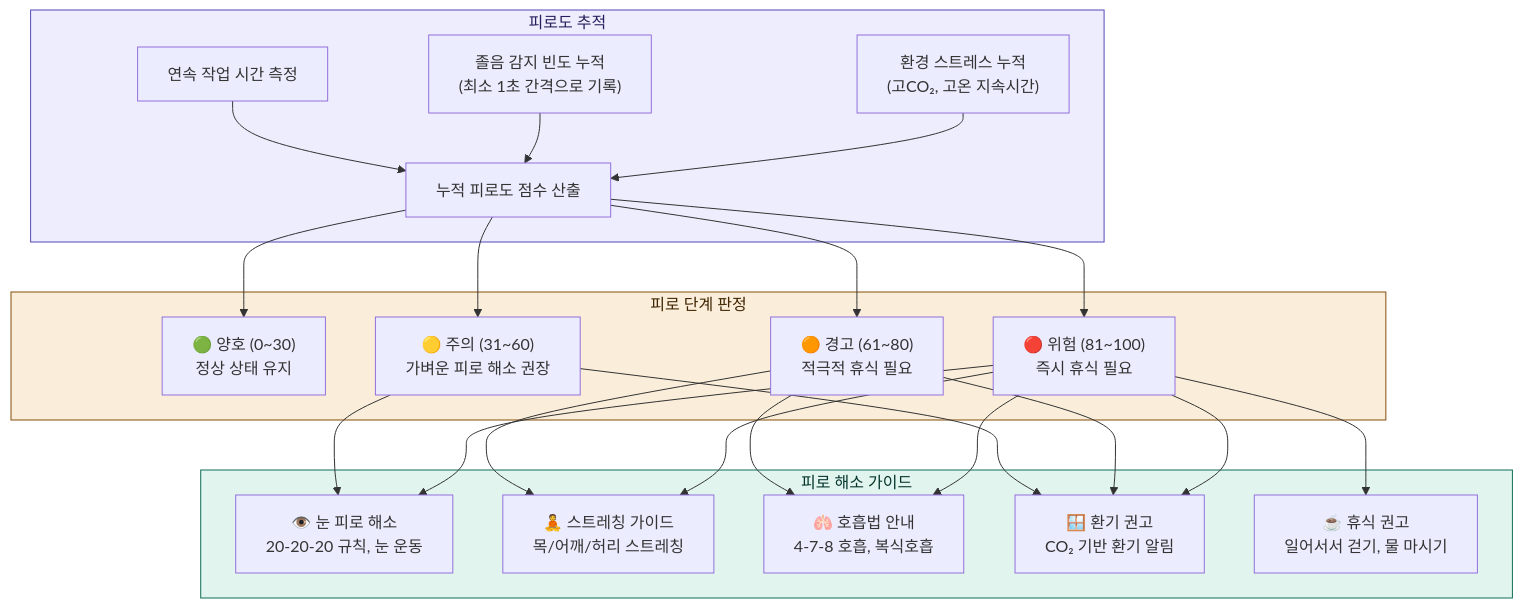
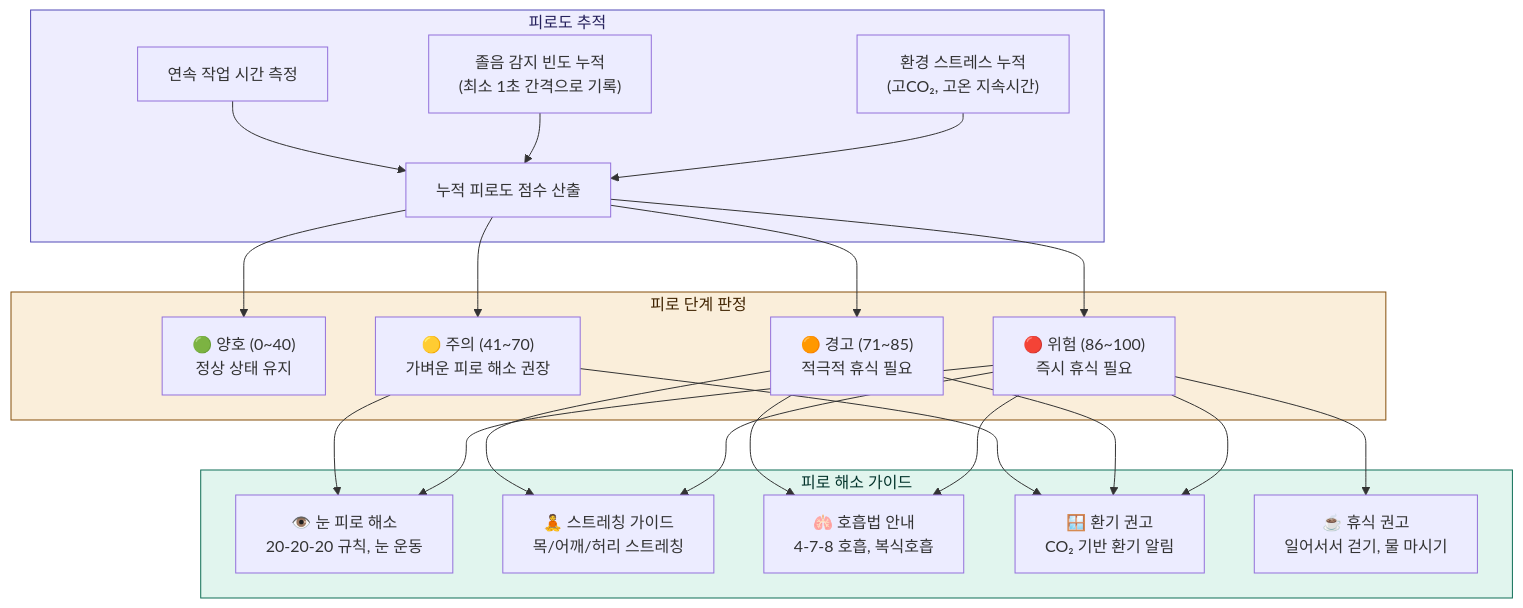
The sixth of 11 diagrams in project.md (pgh165/capstone), drawn with Mermaid before and after one commit. The commit also changed other lines of this file and 6 other files, not shown here.

````diff
--- a/project.md
+++ b/project.md
@@ -398,47 +400,47 @@
 ```mermaid
 flowchart TD
     subgraph TRACK["피로도 추적"]
         T1["연속 작업 시간 측정"]
         T2["졸음 감지 빈도 누적<br/>(최소 1초 간격으로 기록)"]
         T3["환경 스트레스 누적<br/>(고CO₂, 고온 지속시간)"]
         T4["누적 피로도 점수 산출"]
         T1 --> T4
         T2 --> T4
         T3 --> T4
     end
 
     subgraph LEVEL["피로 단계 판정"]
-        L1["🟢 양호 (0~30)<br/>정상 상태 유지"]
-        L2["🟡 주의 (31~60)<br/>가벼운 피로 해소 권장"]
-        L3["🟠 경고 (61~80)<br/>적극적 휴식 필요"]
-        L4["🔴 위험 (81~100)<br/>즉시 휴식 필요"]
+        L1["🟢 양호 (0~40)<br/>정상 상태 유지"]
+        L2["🟡 주의 (41~70)<br/>가벼운 피로 해소 권장"]
+        L3["🟠 경고 (71~85)<br/>적극적 휴식 필요"]
+        L4["🔴 위험 (86~100)<br/>즉시 휴식 필요"]
     end
 
     subgraph GUIDE["피로 해소 가이드"]
         G1["👁️ 눈 피로 해소<br/>20-20-20 규칙, 눈 운동"]
         G2["🧘 스트레칭 가이드<br/>목/어깨/허리 스트레칭"]
         G3["🫁 호흡법 안내<br/>4-7-8 호흡, 복식호흡"]
         G4["🪟 환기 권고<br/>CO₂ 기반 환기 알림"]
         G5["☕ 휴식 권고<br/>일어서서 걷기, 물 마시기"]
     end
 
     T4 --> L1
     T4 --> L2
     T4 --> L3
     T4 --> L4
 
     L2 --> G1
     L2 --> G4
     L3 --> G2
     L3 --> G3
     L3 --> G4
     L4 --> G5
     L4 --> G2
     L4 --> G3
     L4 --> G4
     L4 --> G1
 
     style TRACK fill:#EEEDFE,stroke:#534AB7,color:#26215C
     style LEVEL fill:#FAEEDA,stroke:#854F0B,color:#412402
     style GUIDE fill:#E1F5EE,stroke:#0F6E56,color:#04342C
 ```
````
